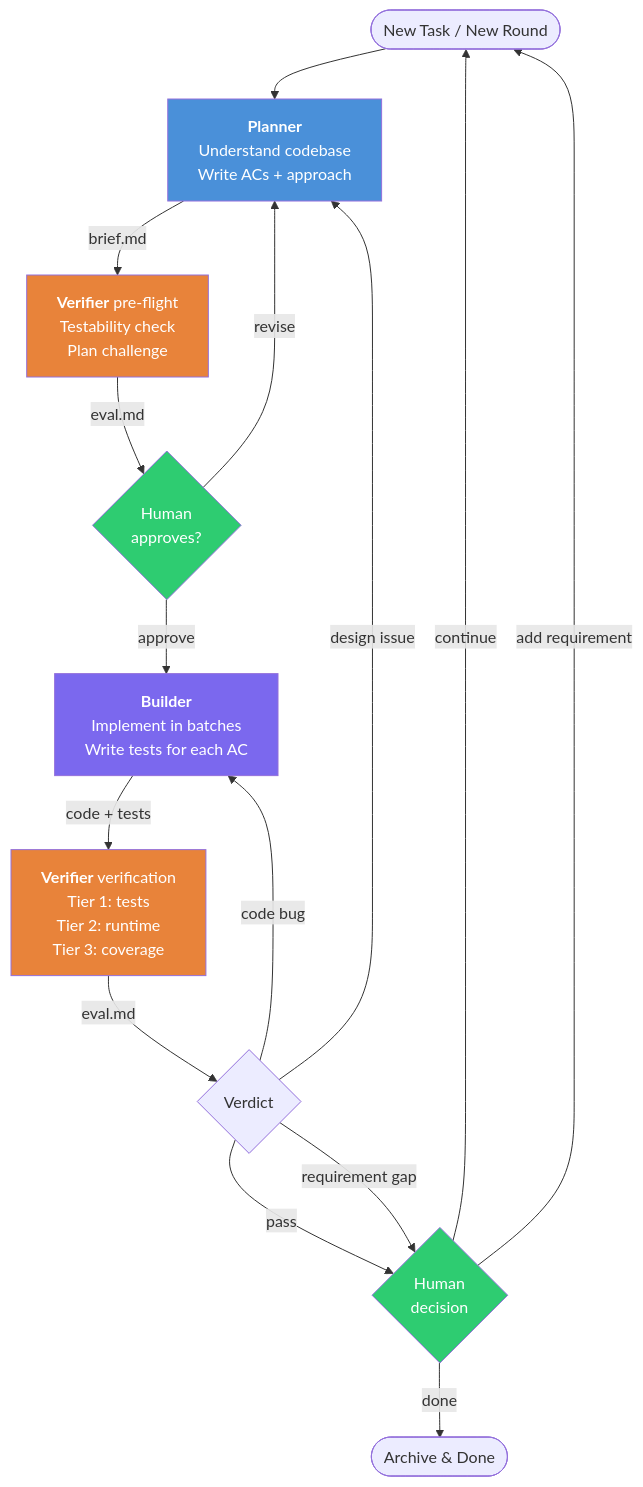
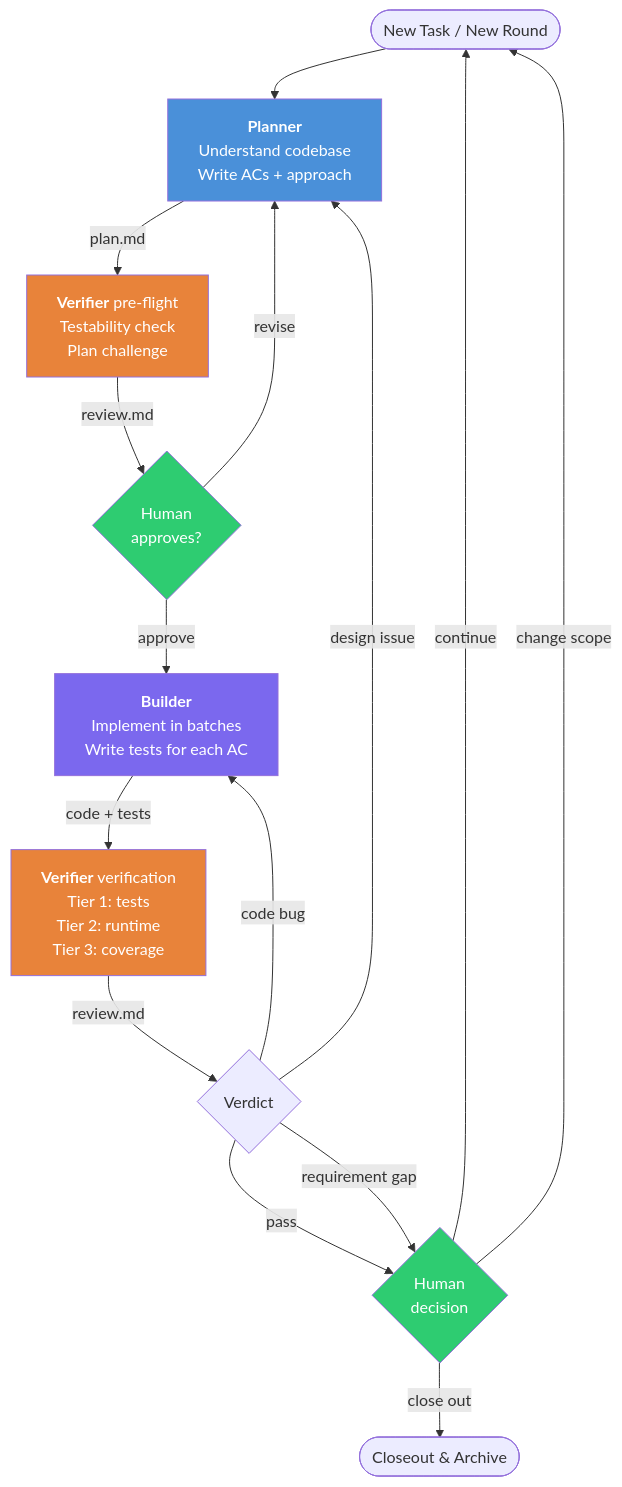
Before and after one commit to hex1n/baton: the first of 2 diagrams in README.md, drawn with Mermaid. The commit also changed other lines of this file and 43 other files, not shown here.

````diff
--- a/README.md
+++ b/README.md
@@ -51,29 +63,29 @@
 ```mermaid
 flowchart TD
     Start([New Task / New Round]) --> Planner
-    Planner["<b>Planner</b><br/>Understand codebase<br/>Write ACs + approach"] -->|brief.md| PreFlight
-    PreFlight["<b>Verifier</b> pre-flight<br/>Testability check<br/>Plan challenge"] -->|eval.md| HumanApprove
+    Planner["<b>Planner</b><br/>Understand codebase<br/>Write ACs + approach"] -->|plan.md| PreFlight
+    PreFlight["<b>Verifier</b> pre-flight<br/>Testability check<br/>Plan challenge"] -->|review.md| HumanApprove
     HumanApprove{Human<br/>approves?}
     HumanApprove -->|revise| Planner
     HumanApprove -->|approve| Builder
     Builder["<b>Builder</b><br/>Implement in batches<br/>Write tests for each AC"] -->|code + tests| Verify
-    Verify["<b>Verifier</b> verification<br/>Tier 1: tests<br/>Tier 2: runtime<br/>Tier 3: coverage"] -->|eval.md| Verdict
+    Verify["<b>Verifier</b> verification<br/>Tier 1: tests<br/>Tier 2: runtime<br/>Tier 3: coverage"] -->|review.md| Verdict
 
     Verdict{Verdict}
     Verdict -->|"pass"| HumanNext
     Verdict -->|"code bug"| Builder
     Verdict -->|"design issue"| Planner
     Verdict -->|"requirement gap"| HumanNext
 
     HumanNext{Human<br/>decision}
     HumanNext -->|continue| Start
-    HumanNext -->|add requirement| Start
-    HumanNext -->|done| Archive([Archive & Done])
+    HumanNext -->|change scope| Start
+    HumanNext -->|close out| Archive([Closeout & Archive])
 
     style Planner fill:#4A90D9,color:#fff
     style Builder fill:#7B68EE,color:#fff
     style PreFlight fill:#E8833A,color:#fff
     style Verify fill:#E8833A,color:#fff
     style HumanApprove fill:#2ECC71,color:#fff
     style HumanNext fill:#2ECC71,color:#fff
 ```
````
